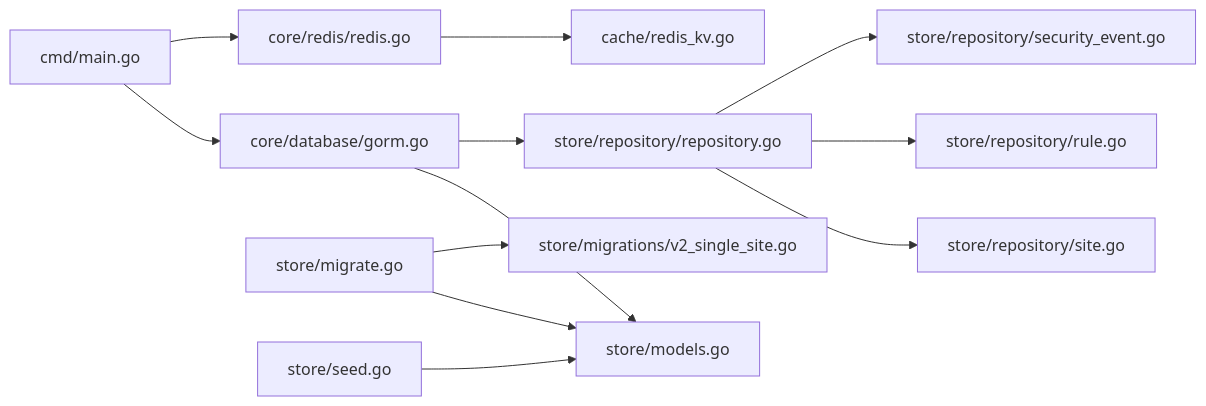
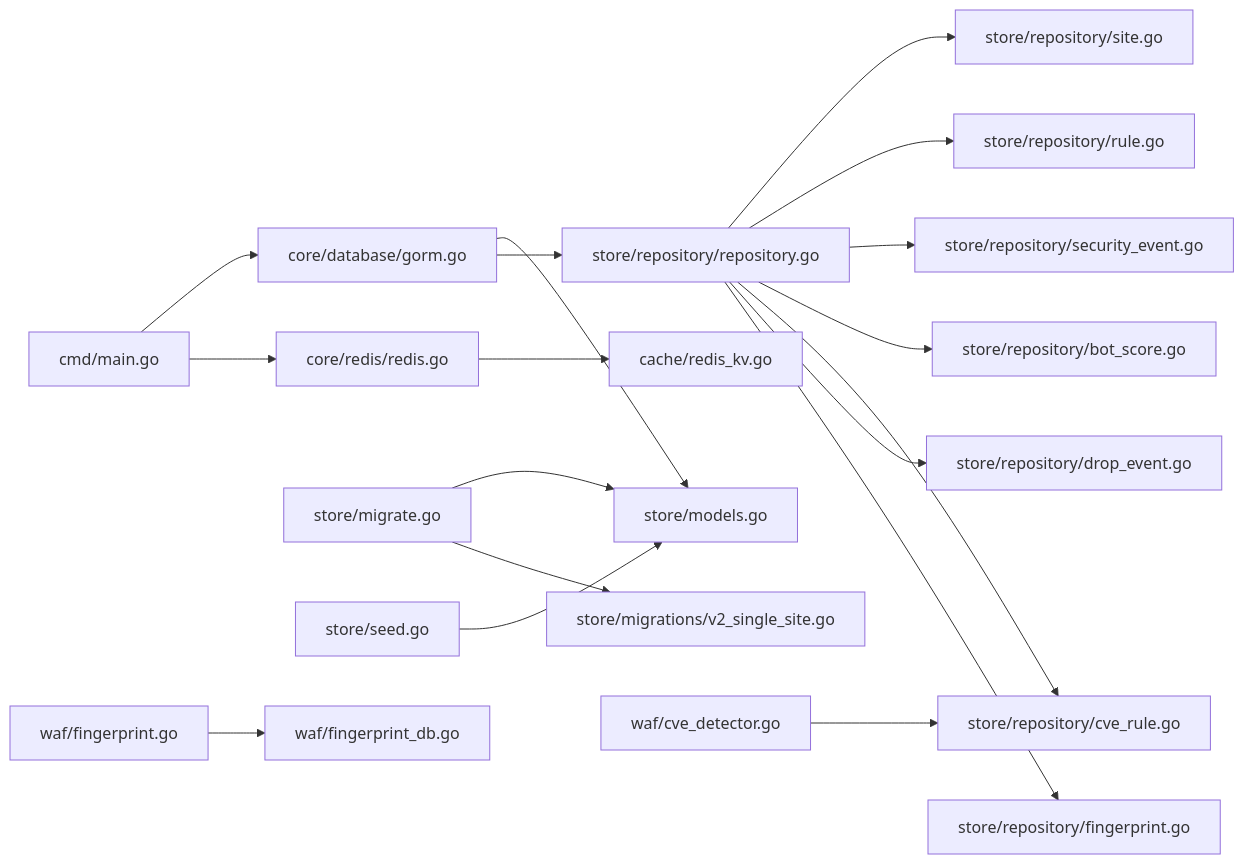
One commit to x01n/My-OpenWaf changed the eighth of 8 diagrams in docs/数据存储层/数据存储层.md. Above: the diagram before and after it, drawn with Mermaid. The commit also changed other lines of this file and 51 other files, not shown here.

````diff
--- a/docs/数据存储层/数据存储层.md
+++ b/docs/数据存储层/数据存储层.md
@@ -538,14 +649,20 @@
 ```mermaid
 graph LR
 MAIN["cmd/main.go"] --> CORE_DB["core/database/gorm.go"]
 MAIN --> CORE_REDIS["core/redis/redis.go"]
 CORE_DB --> MODELS["store/models.go"]
 CORE_DB --> REPOS["store/repository/repository.go"]
 REPOS --> SITE_REPO["store/repository/site.go"]
 REPOS --> RULE_REPO["store/repository/rule.go"]
 REPOS --> EVENT_REPO["store/repository/security_event.go"]
+REPOS --> BOT_REPO["store/repository/bot_score.go"]
+REPOS --> CVE_REPO["store/repository/cve_rule.go"]
+REPOS --> DROP_REPO["store/repository/drop_event.go"]
+REPOS --> FP_REPO["store/repository/fingerprint.go"]
 CORE_REDIS --> REDIS_KV["cache/redis_kv.go"]
 MIGRATE["store/migrate.go"] --> MODELS
 MIGRATE --> MIG_V2["store/migrations/v2_single_site.go"]
 SEED["store/seed.go"] --> MODELS
+FINGERPRINT["waf/fingerprint.go"] --> FINGERPRINT_DB["waf/fingerprint_db.go"]
+CVE_DETECTOR["waf/cve_detector.go"] --> CVE_REPO
 ```
````
